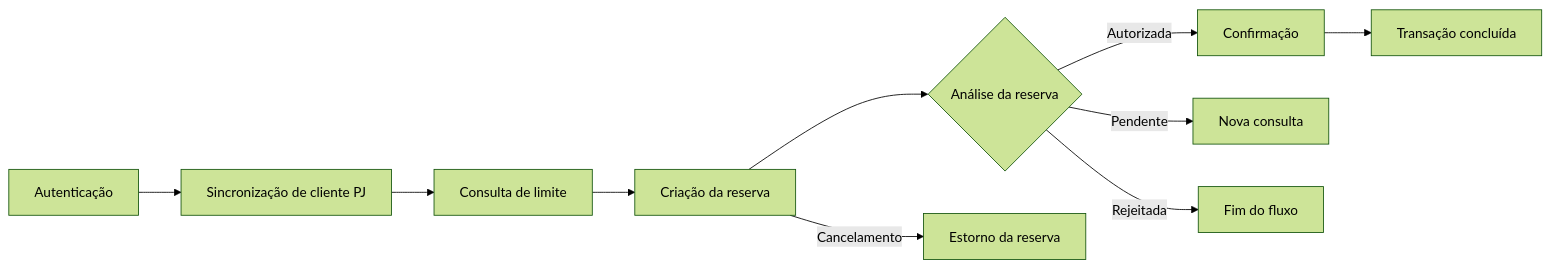
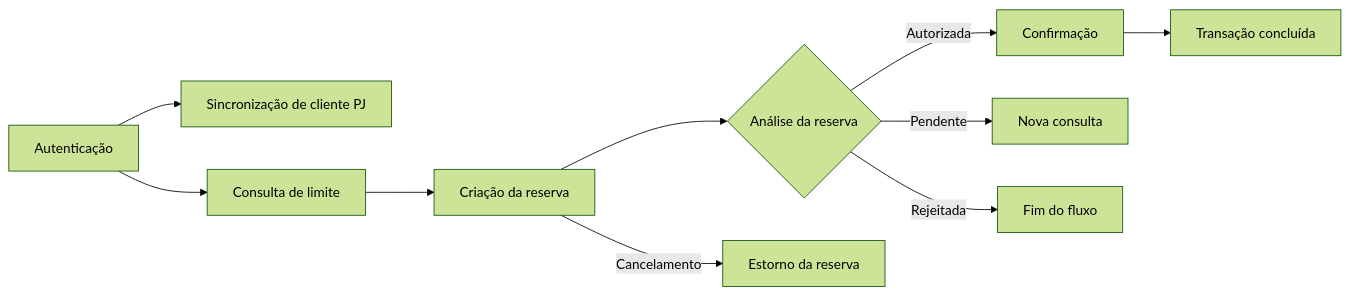
Before and after one commit to crysataide/rest-vtex: the diagram in README.md, drawn with Mermaid (forest theme).

Commit message:
Update flowchart in README for authentication process

````diff
--- a/README.md
+++ b/README.md
@@ -29,14 +29,14 @@
 ```mermaid
 flowchart LR
     A[Autenticação] --> B[Sincronização de cliente PJ]
-    B --> C[Consulta de limite]
+    A[Autenticação] --> C[Consulta de limite]
     C --> D[Criação da reserva]
     D --> E{Análise da reserva}
 
     E -->|Autorizada| F[Confirmação]
     E -->|Pendente| G[Nova consulta]
     E -->|Rejeitada| H[Fim do fluxo]
 
     F --> I[Transação concluída]
     D -->|Cancelamento| J[Estorno da reserva]
 ```
````
